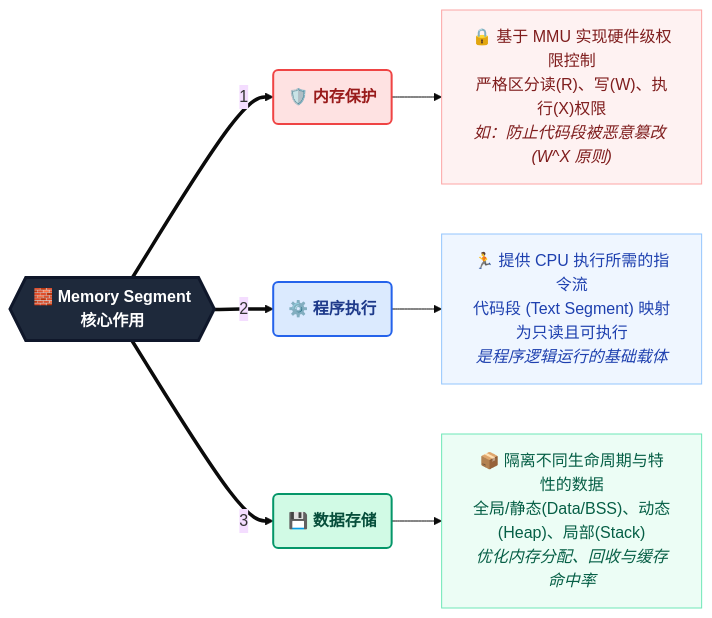
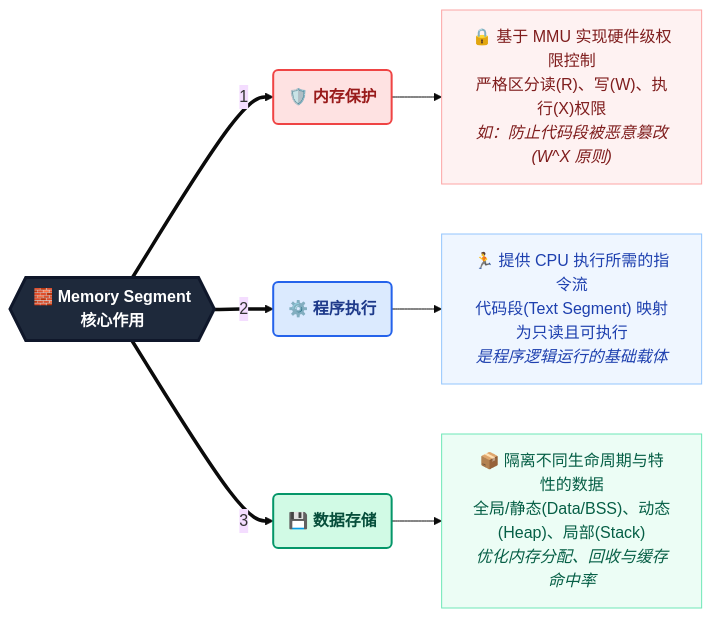
The eighth of 10 diagrams in _posts/c_c++/compile/2021-06-15-编译过程.md (dmjcb/dmjcb.github.io), drawn with Mermaid (base theme) before and after one commit. The commit also changed other lines of this file and 8 other files, not shown here.

````diff
--- a/_posts/c_c++/compile/2021-06-15-编译过程.md
+++ b/_posts/c_c++/compile/2021-06-15-编译过程.md
@@ -900,51 +900,51 @@
 ```mermaid
 flowchart LR
-    %% 样式定义 (保持与前文一致的色彩系统)
+    %% 样式定义(保持与前文一致的色彩系统)
     classDef center fill:#1e293b,stroke:#0f172a,stroke-width:3px,color:#ffffff,font-weight:bold,font-size:16px;
     
     classDef main_prot fill:#fee2e2,stroke:#ef4444,stroke-width:2px,color:#991b1b,font-weight:bold;
     classDef sub_prot fill:#fef2f2,stroke:#fca5a5,stroke-width:1px,color:#7f1d1d;
     
     classDef main_exec fill:#dbeafe,stroke:#2563eb,stroke-width:2px,color:#1e3a8a,font-weight:bold;
     classDef sub_exec fill:#eff6ff,stroke:#93c5fd,stroke-width:1px,color:#1e40af;
     
     classDef main_data fill:#d1fae5,stroke:#059669,stroke-width:2px,color:#064e3b,font-weight:bold;
     classDef sub_data fill:#ecfdf5,stroke:#6ee7b7,stroke-width:1px,color:#065f46;
 
     %% 中心节点
     Center{{"🧱 <b>Memory Segment</b><br/>核心作用"}}
 
     %% 1. 内存保护
     ProtMain("🛡️ <b>内存保护</b>")
-    ProtSub["🔒 基于 MMU 实现硬件级权限控制<br/>严格区分读(R)、写(W)、执行(X)权限<br/><i>如：防止代码段被恶意篡改 (W^X 原则)</i>"]
+    ProtSub["🔒 基于 MMU 实现硬件级权限控制<br/>严格区分读(R)、写(W)、执行(X)权限<br/><i>如：防止代码段被恶意篡改(W^X 原则)</i>"]
 
     %% 2. 程序执行
     ExecMain("⚙️ <b>程序执行</b>")
-    ExecSub["🏃 提供 CPU 执行所需的指令流<br/>代码段 (Text Segment) 映射为只读且可执行<br/><i>是程序逻辑运行的基础载体</i>"]
+    ExecSub["🏃 提供 CPU 执行所需的指令流<br/>代码段(Text Segment) 映射为只读且可执行<br/><i>是程序逻辑运行的基础载体</i>"]
 
     %% 3. 数据存储
     DataMain("💾 <b>数据存储</b>")
     DataSub["📦 隔离不同生命周期与特性的数据<br/>全局/静态(Data/BSS)、动态(Heap)、局部(Stack)<br/><i>优化内存分配、回收与缓存命中率</i>"]
 
     %% 连线关系
     Center ==>|1| ProtMain
     ProtMain --> ProtSub
     
     Center ==>|2| ExecMain
     ExecMain --> ExecSub
     
     Center ==>|3| DataMain
     DataMain --> DataSub
 
     %% 应用样式
     class Center center;
     
     class ProtMain main_prot;
     class ProtSub sub_prot;
     
     class ExecMain main_exec;
     class ExecSub sub_exec;
     
     class DataMain main_data;
     class DataSub sub_data;
 ```
````
